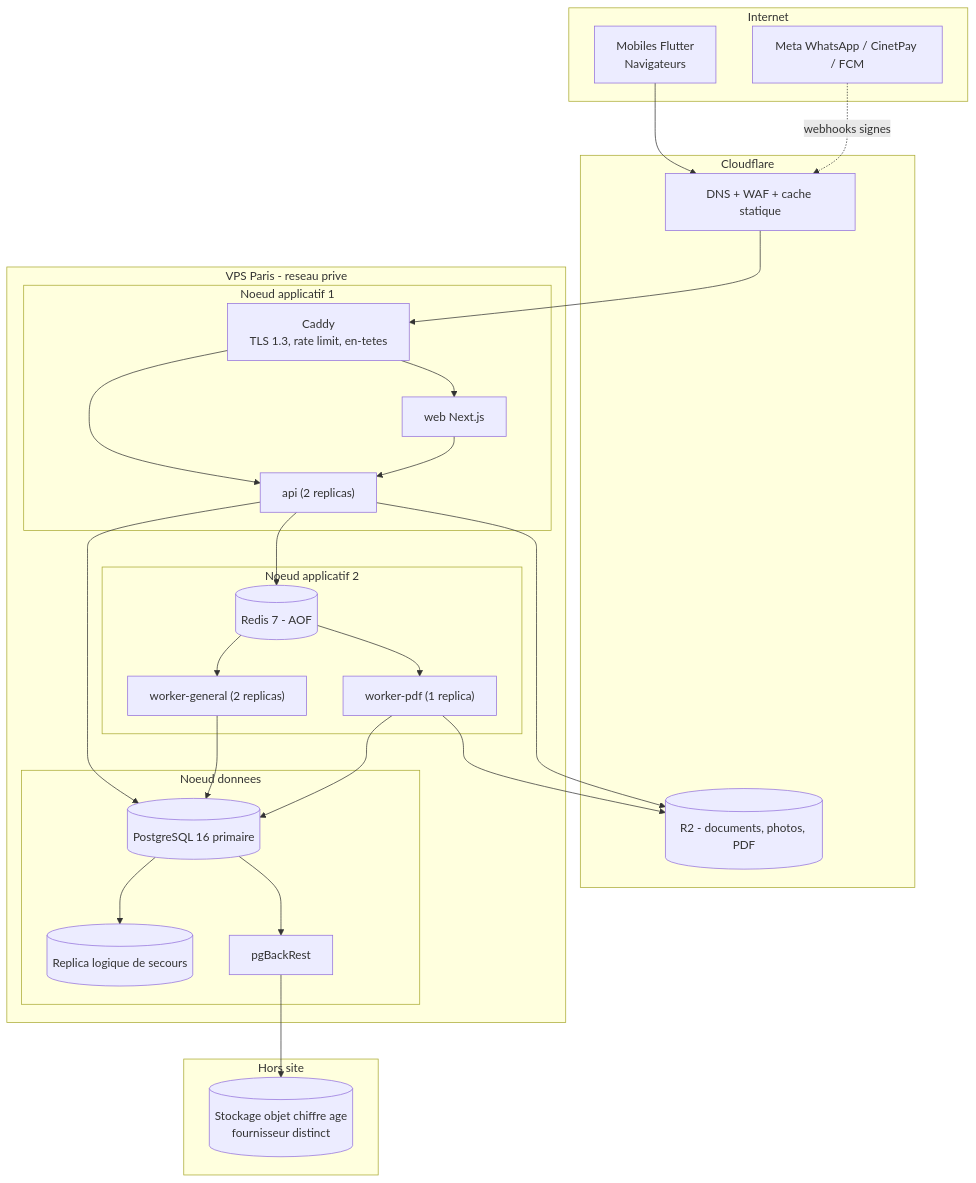
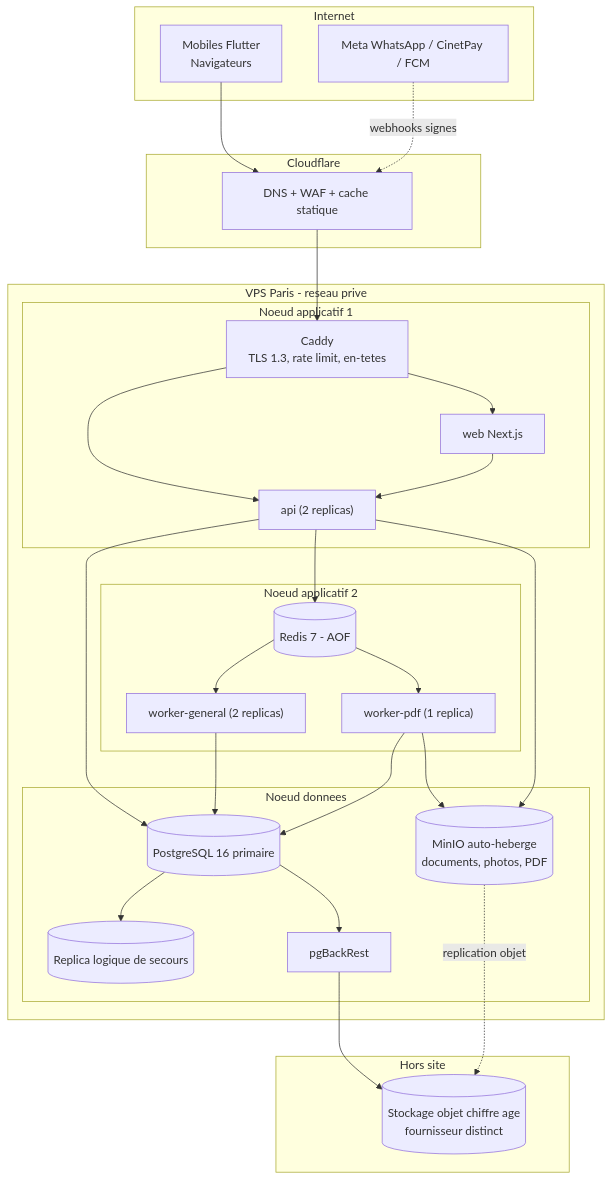
One commit to Mukatu/immodesk changed diagram 14 of 14 in docs/02_architecture_technique.md. Above: the diagram before and after it, drawn with Mermaid. The commit also changed other lines of this file and 8 other files, not shown here.

````diff
--- a/docs/02_architecture_technique.md
+++ b/docs/02_architecture_technique.md
@@ -1996,52 +2015,53 @@
 ```mermaid
 graph TB
     subgraph internet["Internet"]
         USR["Mobiles Flutter<br/>Navigateurs"]
         EXT["Meta WhatsApp / CinetPay / FCM"]
     end
 
     subgraph cf["Cloudflare"]
         DNS["DNS + WAF + cache statique"]
-        R2[("R2 - documents, photos, PDF")]
     end
 
     subgraph paris["VPS Paris - reseau prive"]
         subgraph node1["Noeud applicatif 1"]
             PROXY["Caddy<br/>TLS 1.3, rate limit, en-tetes"]
             API1["api (2 replicas)"]
             WEB1["web Next.js"]
         end
         subgraph node2["Noeud applicatif 2"]
             WRK1["worker-general (2 replicas)"]
             PDF1["worker-pdf (1 replica)"]
             REDIS[("Redis 7 - AOF")]
         end
         subgraph node3["Noeud donnees"]
             PGP[("PostgreSQL 16 primaire")]
             PGS[("Replica logique de secours")]
             PGBR["pgBackRest"]
+            MINIO[("MinIO auto-heberge<br/>documents, photos, PDF")]
         end
     end
 
     subgraph offsite["Hors site"]
         BKP[("Stockage objet chiffre age<br/>fournisseur distinct")]
     end
 
     USR --> DNS
     DNS --> PROXY
     EXT -. "webhooks signes" .-> DNS
     PROXY --> API1
     PROXY --> WEB1
     WEB1 --> API1
     API1 --> PGP
     API1 --> REDIS
-    API1 --> R2
+    API1 --> MINIO
     REDIS --> WRK1
     REDIS --> PDF1
     WRK1 --> PGP
     PDF1 --> PGP
-    PDF1 --> R2
+    PDF1 --> MINIO
     PGP --> PGS
     PGP --> PGBR
     PGBR --> BKP
+    MINIO -. "replication objet" .-> BKP
 ```
````
